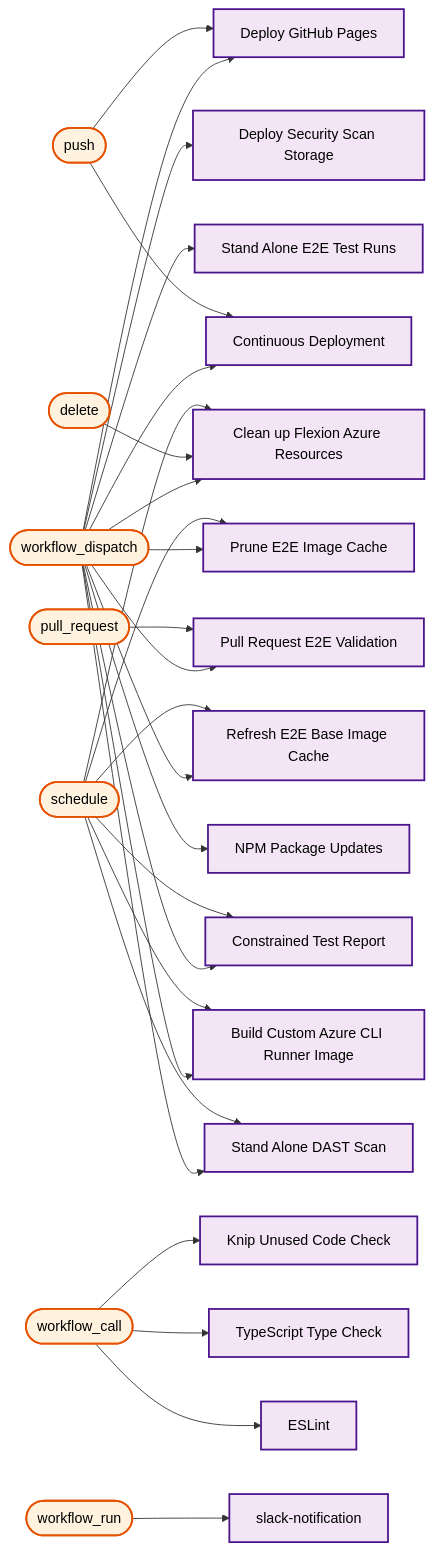
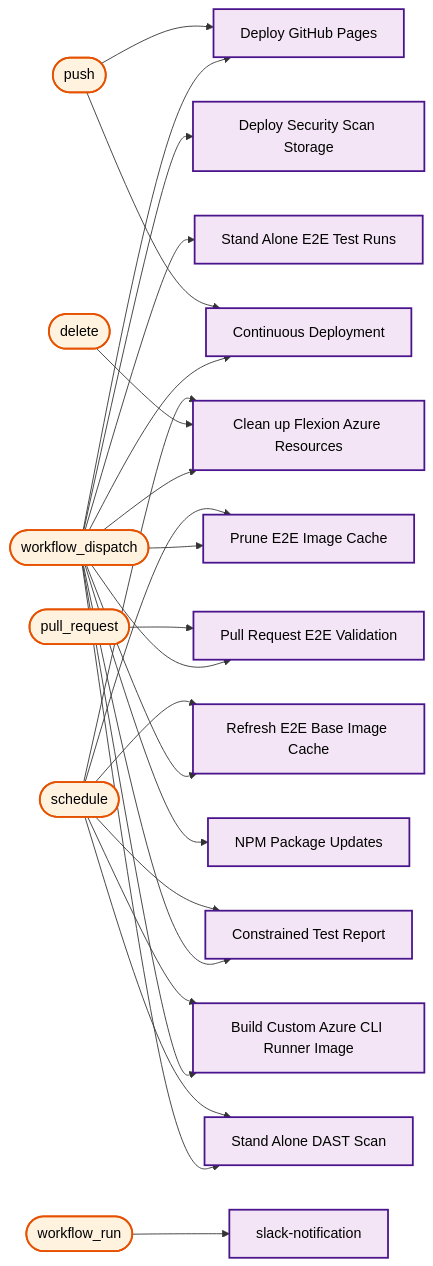
Diagram 24 of 24 in docs/operations/workflow-diagram.md (US-Trustee-Program/Bankruptcy-Oversight-Support-Systems), drawn with Mermaid before and after one commit. The commit also changed other lines of this file and 6 other files, not shown here.

```diff
--- a/docs/operations/workflow-diagram.md
+++ b/docs/operations/workflow-diagram.md
@@ -1248,10 +1210,6 @@
     build_azure_cli_image_yml["Build Custom Azure CLI Runner Image"]
     dast_scan_yml["Stand Alone DAST Scan"]
     update_dependencies_yml["NPM Package Updates"]
-    trigger_workflow_call(["workflow_call"])
-    reusable_knip_yml["Knip Unused Code Check"]
-    reusable_typecheck_yml["TypeScript Type Check"]
-    reusable_lint_yml["ESLint"]
     trigger_push(["push"])
     deploy_pages_yml["Deploy GitHub Pages"]
     continuous_deployment_yml["Continuous Deployment"]
@@ -1281,9 +1239,6 @@
     trigger_workflow_dispatch --> build_azure_cli_image_yml
     trigger_workflow_dispatch --> dast_scan_yml
     trigger_workflow_dispatch --> update_dependencies_yml
-    trigger_workflow_call --> reusable_knip_yml
-    trigger_workflow_call --> reusable_typecheck_yml
-    trigger_workflow_call --> reusable_lint_yml
     trigger_push --> deploy_pages_yml
     trigger_push --> continuous_deployment_yml
     trigger_delete --> azure_remove_branch_yml
@@ -1300,15 +1255,12 @@
     classDef trigger fill:#fff3e0,stroke:#e65100,stroke-width:2px,color:#000000
 
     class trigger_workflow_dispatch trigger
-    class trigger_workflow_call trigger
     class trigger_push trigger
     class trigger_delete trigger
     class trigger_schedule trigger
     class trigger_pull_request trigger
     class trigger_workflow_run trigger
     class deploy_security_scan_storage_yml mainWorkflow
-    class reusable_knip_yml mainWorkflow
-    class reusable_typecheck_yml mainWorkflow
     class deploy_pages_yml mainWorkflow
     class e2e_test_yml mainWorkflow
     class azure_remove_branch_yml mainWorkflow
@@ -1317,7 +1269,6 @@
     class pr_validation_yml mainWorkflow
     class constrained_test_report_yml mainWorkflow
     class continuous_deployment_yml mainWorkflow
-    class reusable_lint_yml mainWorkflow
     class build_azure_cli_image_yml mainWorkflow
     class dast_scan_yml mainWorkflow
     class update_dependencies_yml mainWorkflow
```
